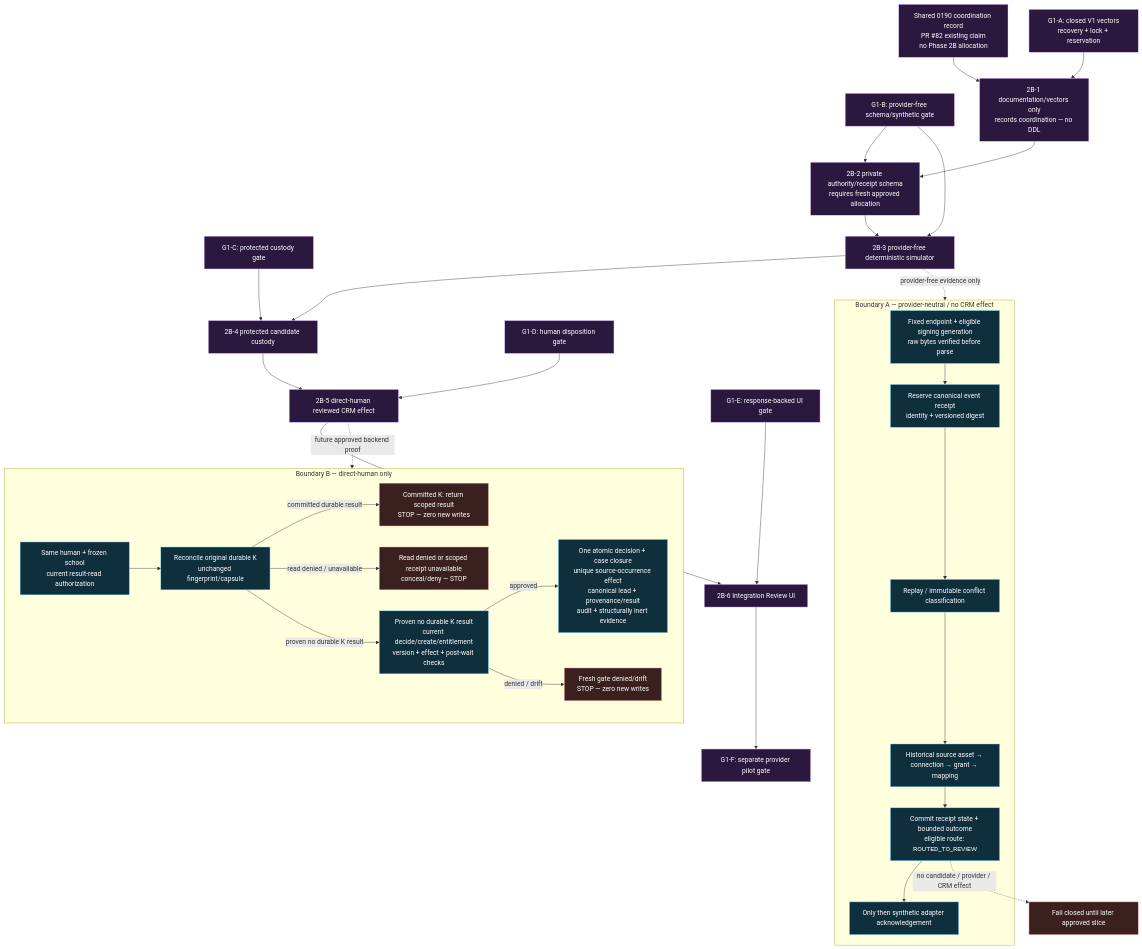
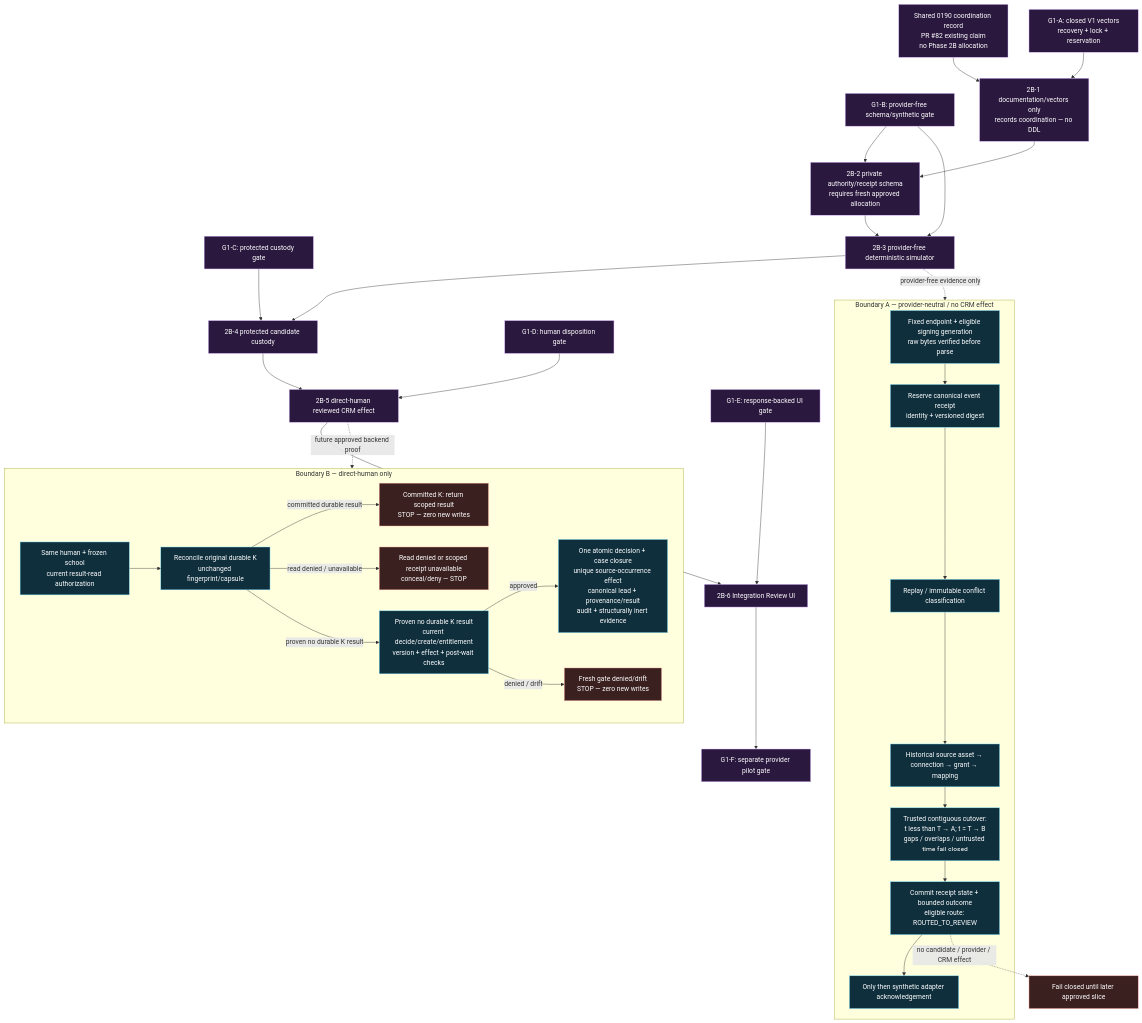
Before and after one commit to myhonosai/honos: the diagram in docs/diagrams/phase-2b-contract-flow.mmd, drawn with Mermaid. The commit also changed 4 other files, not shown here.

```diff
--- a/docs/diagrams/phase-2b-contract-flow.mmd
+++ b/docs/diagrams/phase-2b-contract-flow.mmd
@@ -1,66 +1,67 @@
 flowchart TD
   Coord[Shared 0190 coordination record\nPR #82 existing claim\nno Phase 2B allocation]
   G1A[G1-A: closed V1 vectors\nrecovery + lock + reservation]
   G1B[G1-B: provider-free schema/synthetic gate]
   G1C[G1-C: protected custody gate]
   G1D[G1-D: human disposition gate]
   G1E[G1-E: response-backed UI gate]
   Pilot[G1-F: separate provider pilot gate]
 
   C1[2B-1 documentation/vectors only\nrecords coordination — no DDL]
   C2[2B-2 private authority/receipt schema\nrequires fresh approved allocation]
   C3[2B-3 provider-free deterministic simulator]
   C4[2B-4 protected candidate custody]
   C5[2B-5 direct-human reviewed CRM effect]
   C6[2B-6 Integration Review UI]
 
   Coord --> C1
   G1A --> C1
   C1 --> C2
   G1B --> C2
   C2 --> C3
   G1B --> C3
   C3 --> C4
   G1C --> C4
   C4 --> C5
   G1D --> C5
   C5 --> C6
   G1E --> C6
   C6 --> Pilot
 
   subgraph Ingress[Boundary A — provider-neutral / no CRM effect]
     Verify[Fixed endpoint + eligible signing generation\nraw bytes verified before parse]
     Receipt[Reserve canonical event receipt\nidentity + versioned digest]
     Classify[Replay / immutable conflict classification]
     Route[Historical source asset → connection → grant → mapping]
+    Cutover[Trusted contiguous cutover:\nt less than T → A; t = T → B\ngaps / overlaps / untrusted time fail closed]
     Durable[Commit receipt state + bounded outcome\neligible route: ROUTED_TO_REVIEW]
     Ack[Only then synthetic adapter acknowledgement]
-    Verify --> Receipt --> Classify --> Route --> Durable --> Ack
+    Verify --> Receipt --> Classify --> Route --> Cutover --> Durable --> Ack
   end
 
   subgraph Review[Boundary B — direct-human only]
     ReadAuth[Same human + frozen school\ncurrent result-read authorization]
     Reconcile[Reconcile original durable K\nunchanged fingerprint/capsule]
     ResultStop[Committed K: return scoped result\nSTOP — zero new writes]
     Conceal[Read denied or scoped receipt unavailable\nconceal/deny — STOP]
     FreshGate[Proven no durable K result\ncurrent decide/create/entitlement\nversion + effect + post-wait checks]
     FreshStop[Fresh gate denied/drift\nSTOP — zero new writes]
     Atomic[One atomic decision + case closure\nunique source-occurrence effect\ncanonical lead + provenance/result\naudit + structurally inert evidence]
     ReadAuth --> Reconcile
     Reconcile -->|committed durable result| ResultStop
     Reconcile -->|read denied / unavailable| Conceal
     Reconcile -->|proven no durable K result| FreshGate
     FreshGate -->|approved| Atomic
     FreshGate -->|denied / drift| FreshStop
   end
 
   C3 -. provider-free evidence only .-> Ingress
   C5 -. future approved backend proof .-> Review
   Durable -. no candidate / provider / CRM effect .-> Hold[Fail closed until later approved slice]
 
   classDef gate fill:#2b183f,stroke:#d9b7ff,color:#fff
   classDef boundary fill:#0f2f3d,stroke:#7ee1ff,color:#fff
   classDef stop fill:#3b2020,stroke:#ffaaa0,color:#fff
   class Coord,G1A,G1B,G1C,G1D,G1E,Pilot,C1,C2,C3,C4,C5,C6 gate
-  class Verify,Receipt,Classify,Route,Durable,Ack,ReadAuth,Reconcile,FreshGate,Atomic boundary
+  class Verify,Receipt,Classify,Route,Cutover,Durable,Ack,ReadAuth,Reconcile,FreshGate,Atomic boundary
   class ResultStop,Conceal,FreshStop,Hold stop
```
